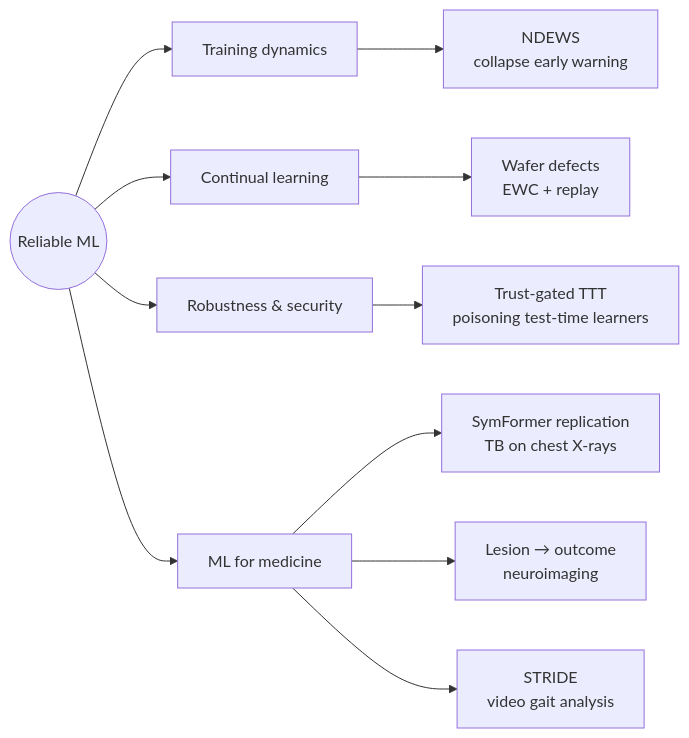
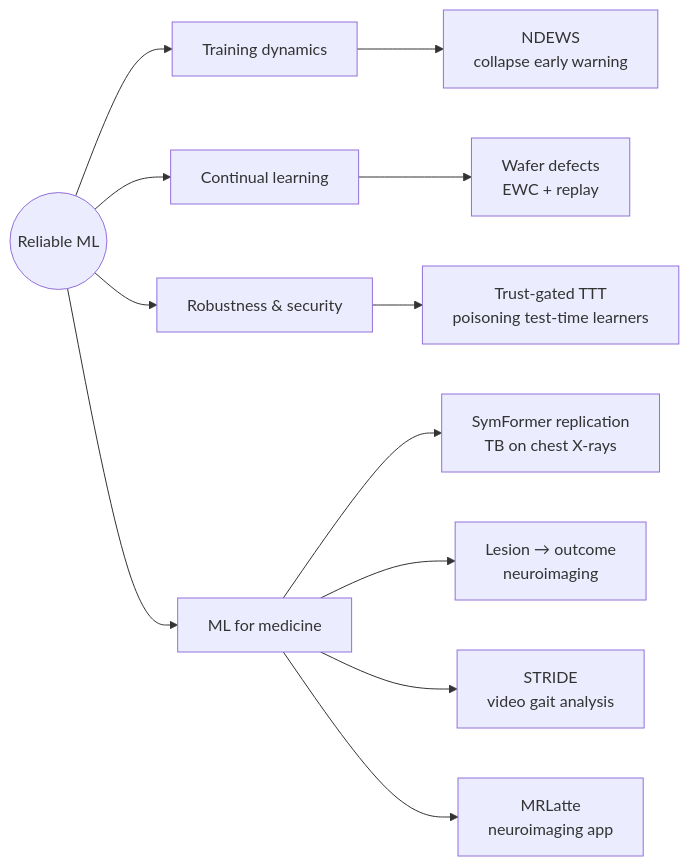
Before and after one commit to Manas-Maahir/Manas-Maahir: the diagram in README.md, drawn with Mermaid. The commit also changed other lines of this file and 2 other files, not shown here.

First line of the commit message:
Feature MRLatte; add dataset-bias auditor; count org repos in activity

````diff
--- a/README.md
+++ b/README.md
@@ -36,14 +36,15 @@
 ```mermaid
 flowchart LR
     R(("Reliable ML"))
     R --> TD["Training dynamics"]
     R --> CL["Continual learning"]
     R --> SEC["Robustness & security"]
     R --> MED["ML for medicine"]
     TD --> NDEWS["NDEWS<br/>collapse early warning"]
     CL --> WAF["Wafer defects<br/>EWC + replay"]
     SEC --> TTT["Trust-gated TTT<br/>poisoning test-time learners"]
     MED --> FOP["SymFormer replication<br/>TB on chest X-rays"]
     MED --> SLP["Lesion → outcome<br/>neuroimaging"]
     MED --> STRIDE["STRIDE<br/>video gait analysis"]
+    MED --> MRL["MRLatte<br/>neuroimaging app"]
 ```
````
